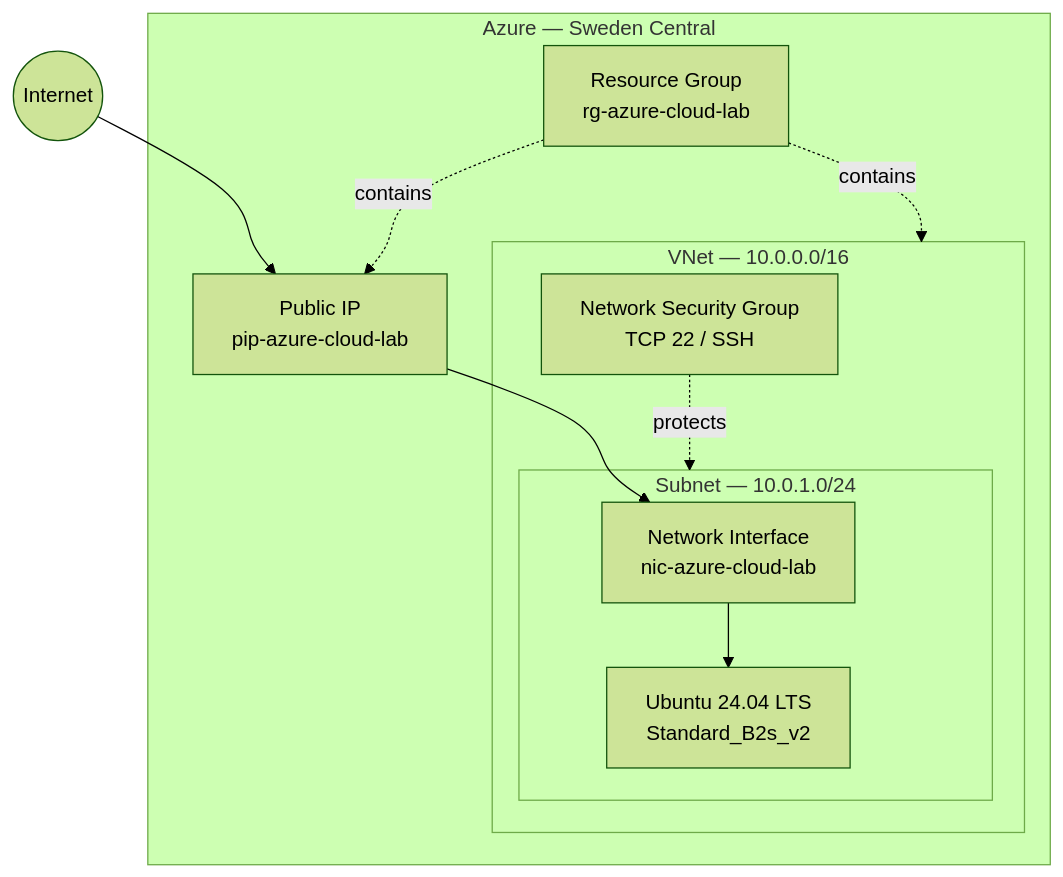
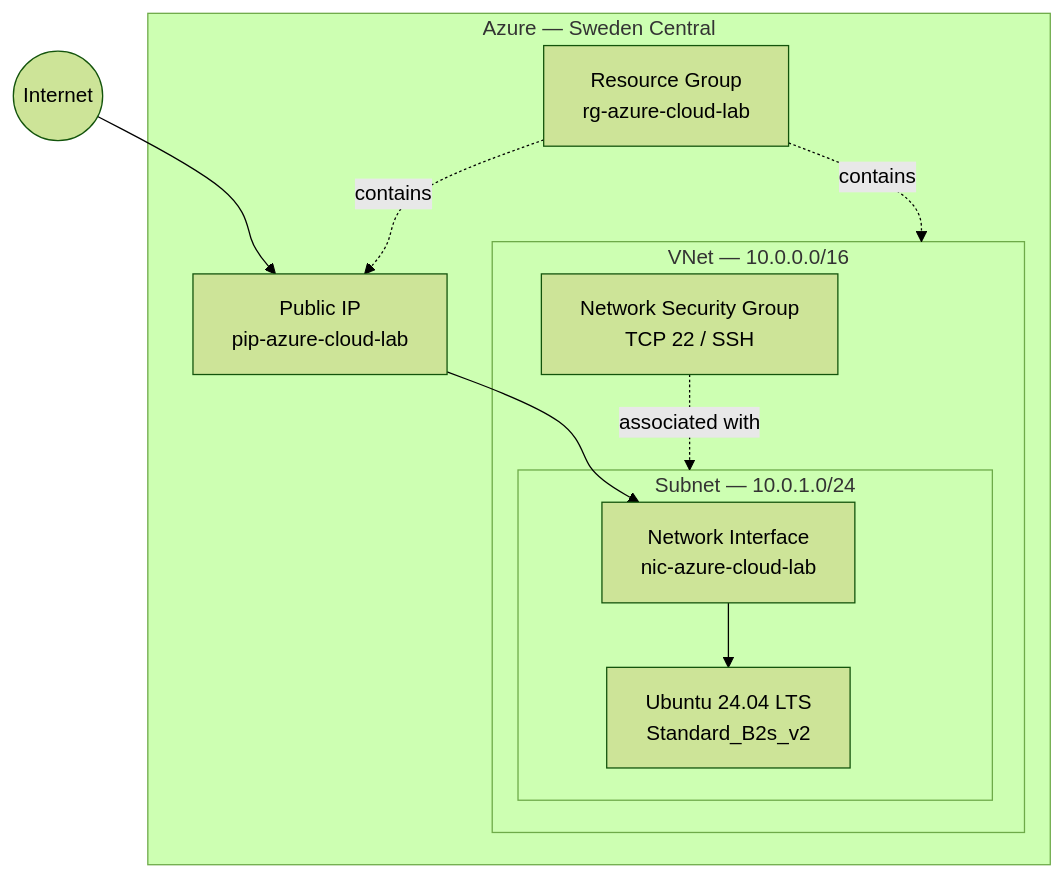
Before and after one commit to happla/azure-cloud-lab: the first of 2 diagrams in README.md, drawn with Mermaid (forest theme). The commit also changed other lines of this file, not shown here.

````diff
--- a/README.md
+++ b/README.md
@@ -29,26 +33,26 @@
 ```mermaid
 flowchart TB
     Internet((Internet))
 
     subgraph Azure["Azure — Sweden Central"]
         RG["Resource Group<br/>rg-azure-cloud-lab"]
 
         subgraph VNet["VNet — 10.0.0.0/16"]
             subgraph Subnet["Subnet — 10.0.1.0/24"]
                 NIC["Network Interface<br/>nic-azure-cloud-lab"]
                 VM["Ubuntu 24.04 LTS<br/>Standard_B2s_v2"]
             end
 
             NSG["Network Security Group<br/>TCP 22 / SSH"]
         end
 
         PIP["Public IP<br/>pip-azure-cloud-lab"]
     end
 
     Internet --> PIP
     PIP --> NIC
     NIC --> VM
-    NSG -. protects .-> Subnet
+    NSG -. associated with .-> Subnet
     RG -. contains .-> VNet
     RG -. contains .-> PIP
 ```
````
